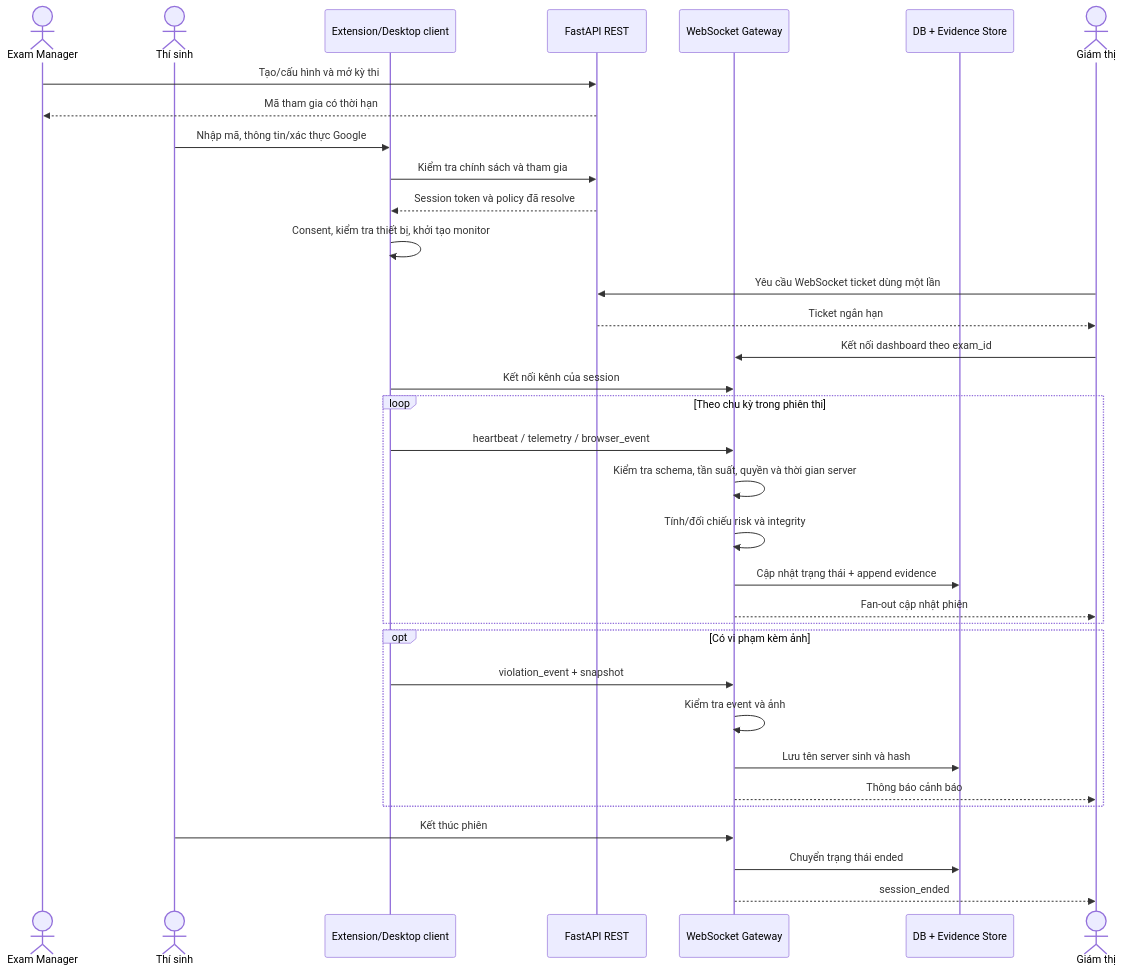
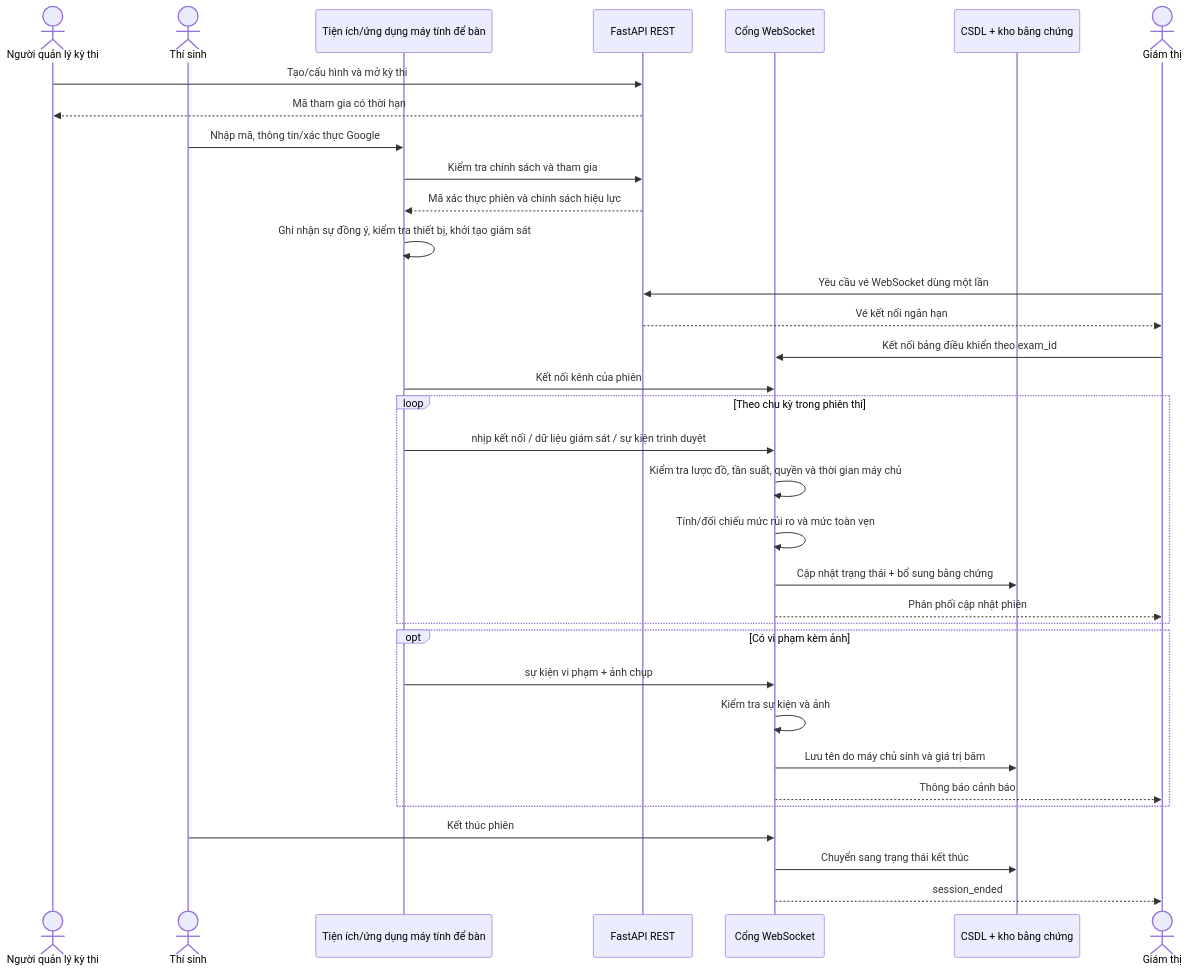
One commit to thongbaoloi2024-cyber/exam-proctor changed the fourth of 4 diagrams in docs/Bao_cao_do_an/Chuong_4.md. Above: the diagram before and after it, drawn with Mermaid. The commit also changed other lines of this file and 75 other files, not shown here.

````diff
--- a/docs/Bao_cao_do_an/Chuong_4.md
+++ b/docs/Bao_cao_do_an/Chuong_4.md
@@ -300,40 +300,40 @@
 ```mermaid
 sequenceDiagram
-    actor Manager as Exam Manager
+    actor Manager as Người quản lý kỳ thi
     actor Student as Thí sinh
-    participant Ext as Extension/Desktop client
+    participant Ext as Tiện ích/ứng dụng máy tính để bàn
     participant API as FastAPI REST
-    participant WS as WebSocket Gateway
-    participant Data as DB + Evidence Store
+    participant WS as Cổng WebSocket
+    participant Data as CSDL + kho bằng chứng
     actor Proctor as Giám thị
 
     Manager->>API: Tạo/cấu hình và mở kỳ thi
     API-->>Manager: Mã tham gia có thời hạn
     Student->>Ext: Nhập mã, thông tin/xác thực Google
     Ext->>API: Kiểm tra chính sách và tham gia
-    API-->>Ext: Session token và policy đã resolve
-    Ext->>Ext: Consent, kiểm tra thiết bị, khởi tạo monitor
-    Proctor->>API: Yêu cầu WebSocket ticket dùng một lần
-    API-->>Proctor: Ticket ngắn hạn
-    Proctor->>WS: Kết nối dashboard theo exam_id
-    Ext->>WS: Kết nối kênh của session
+    API-->>Ext: Mã xác thực phiên và chính sách hiệu lực
+    Ext->>Ext: Ghi nhận sự đồng ý, kiểm tra thiết bị, khởi tạo giám sát
+    Proctor->>API: Yêu cầu vé WebSocket dùng một lần
+    API-->>Proctor: Vé kết nối ngắn hạn
+    Proctor->>WS: Kết nối bảng điều khiển theo exam_id
+    Ext->>WS: Kết nối kênh của phiên
 
     loop Theo chu kỳ trong phiên thi
-        Ext->>WS: heartbeat / telemetry / browser_event
-        WS->>WS: Kiểm tra schema, tần suất, quyền và thời gian server
-        WS->>WS: Tính/đối chiếu risk và integrity
-        WS->>Data: Cập nhật trạng thái + append evidence
-        WS-->>Proctor: Fan-out cập nhật phiên
+        Ext->>WS: nhịp kết nối / dữ liệu giám sát / sự kiện trình duyệt
+        WS->>WS: Kiểm tra lược đồ, tần suất, quyền và thời gian máy chủ
+        WS->>WS: Tính/đối chiếu mức rủi ro và mức toàn vẹn
+        WS->>Data: Cập nhật trạng thái + bổ sung bằng chứng
+        WS-->>Proctor: Phân phối cập nhật phiên
     end
 
     opt Có vi phạm kèm ảnh
-        Ext->>WS: violation_event + snapshot
-        WS->>WS: Kiểm tra event và ảnh
-        WS->>Data: Lưu tên server sinh và hash
+        Ext->>WS: sự kiện vi phạm + ảnh chụp
+        WS->>WS: Kiểm tra sự kiện và ảnh
+        WS->>Data: Lưu tên do máy chủ sinh và giá trị băm
         WS-->>Proctor: Thông báo cảnh báo
     end
 
     Student->>WS: Kết thúc phiên
-    WS->>Data: Chuyển trạng thái ended
+    WS->>Data: Chuyển sang trạng thái kết thúc
     WS-->>Proctor: session_ended
 ```
````
